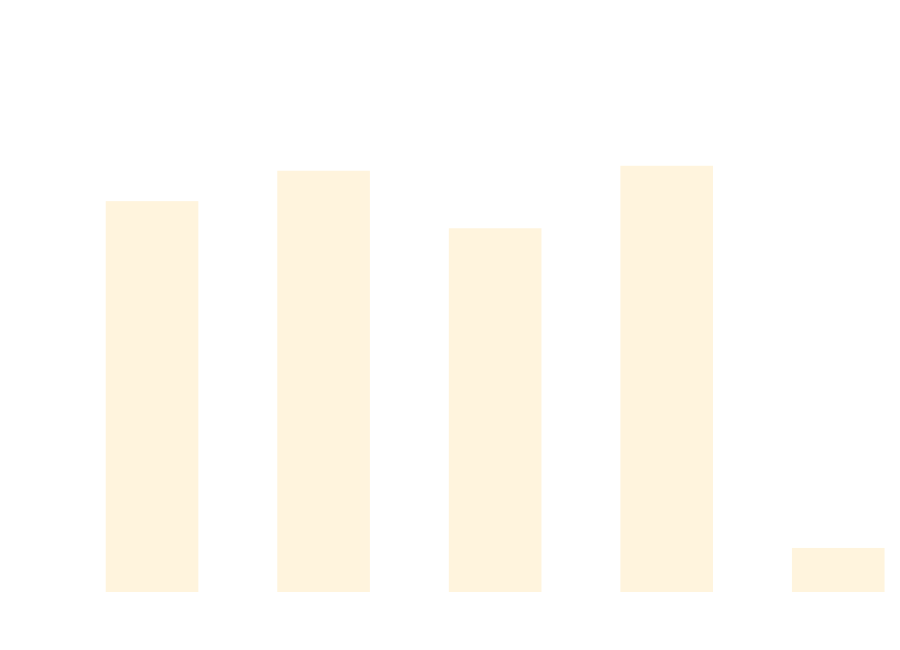
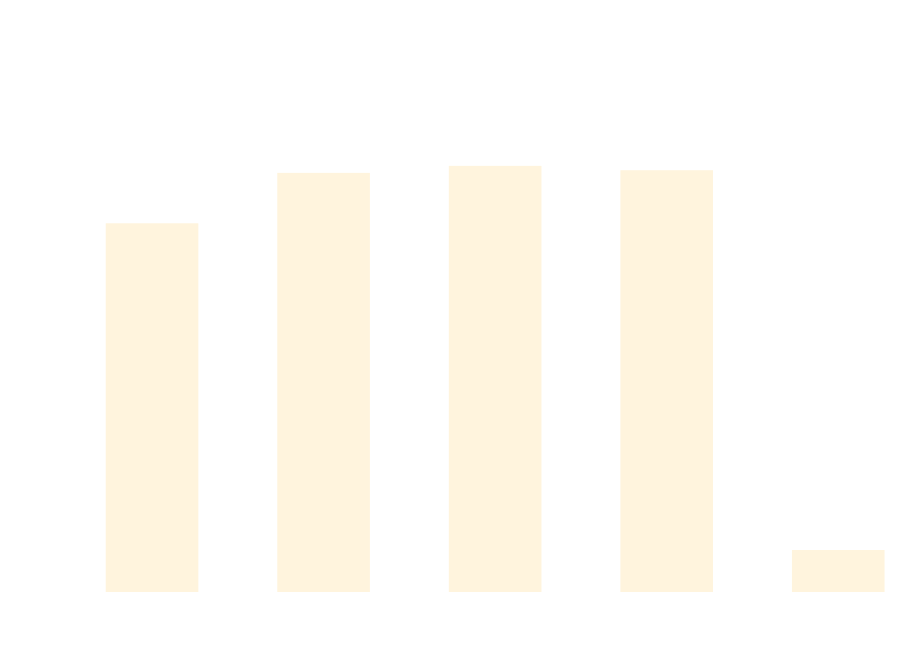
Before and after one commit to thomhurst/TUnit: the diagram in docs/docs/benchmarks/ScaleTests.md, drawn with Mermaid. The commit also changed other lines of this file and 17 other files, not shown here.

````diff
--- a/docs/docs/benchmarks/ScaleTests.md
+++ b/docs/docs/benchmarks/ScaleTests.md
@@ -27,37 +27,37 @@
 ```mermaid
 %%{init: {
   'theme':'base',
   'themeVariables': {
     'primaryColor': '#2563eb',
     'primaryTextColor': '#ffffff',
     'primaryBorderColor': '#1e40af',
     'lineColor': '#6b7280',
     'secondaryColor': '#7c3aed',
     'tertiaryColor': '#dc2626',
     'background': '#ffffff',
     'mainBkg': '#2563eb',
     'secondBkg': '#7c3aed',
     'tertiaryBkg': '#dc2626',
     'clusterBkg': '#f3f4f6',
     'edgeLabelBackground': '#ffffff',
     'tertiaryTextColor': '#1f2937',
     'pie1': '#2563eb',
     'pie2': '#7c3aed',
     'pie3': '#dc2626',
     'pie4': '#f59e0b',
     'pie5': '#10b981',
     'pie6': '#06b6d4',
     'pie7': '#ec4899',
     'pie8': '#6366f1',
     'pie9': '#84cc16',
     'pie10': '#f97316',
     'pie11': '#14b8a6',
     'pie12': '#a855f7'
   }
 }}%%
 xychart-beta
   title "ScaleTests Performance Comparison"
   x-axis ["TUnit", "NUnit", "MSTest", "xUnit3", "TUnit_AOT"]
-  y-axis "Time (ms)" 0 --> 686
-  bar [522.58, 564.49, 485.17, 571.36, 44.39]
+  y-axis "Time (ms)" 0 --> 748
+  bar [536.51, 612.3, 622.86, 616.3, 45.29]
 ```
````
